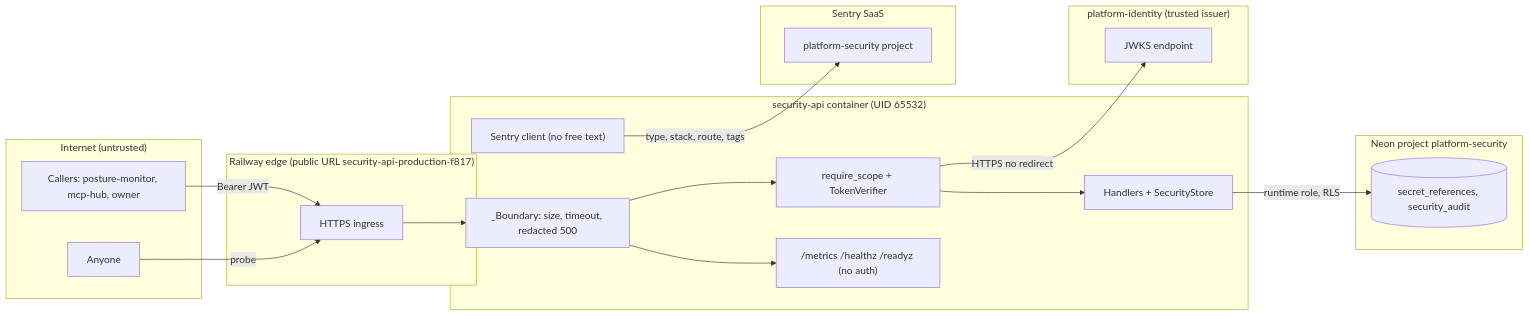
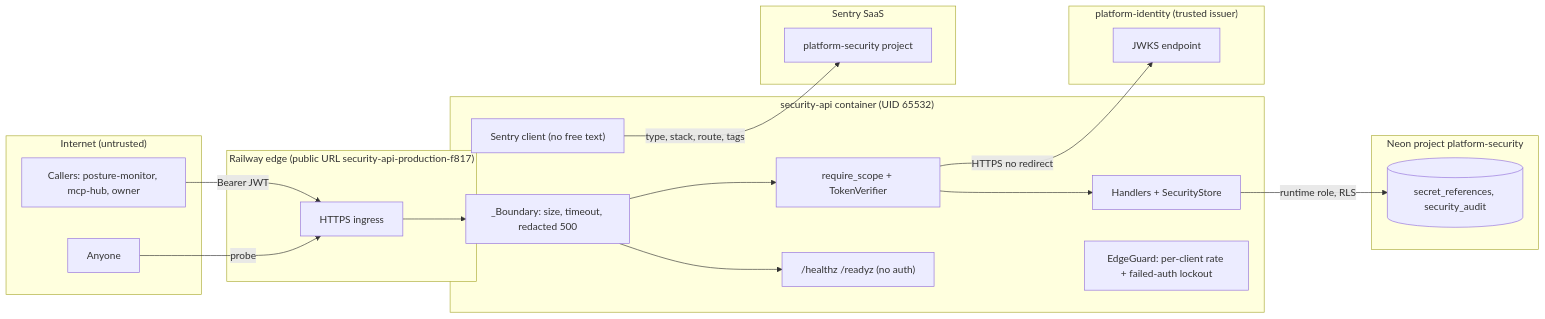
The diagram in docs/diagrams/13-threat-model.md (bookchaowalit-backend/platform-security), drawn with Mermaid before and after one commit. The commit also changed other lines of this file and 5 other files, not shown here.

First line of the commit message:
feat(edge): rate limit with failed-auth lockout; drop public schema and metrics

````diff
--- a/docs/diagrams/13-threat-model.md
+++ b/docs/diagrams/13-threat-model.md
@@ -7,33 +7,34 @@
 ```mermaid
 flowchart LR
   subgraph Internet["Internet (untrusted)"]
     C["Callers: posture-monitor, mcp-hub, owner"]
     X["Anyone"]
   end
   subgraph Edge["Railway edge (public URL security-api-production-f817)"]
     E["HTTPS ingress"]
   end
   subgraph Svc["security-api container (UID 65532)"]
     B["_Boundary: size, timeout, redacted 500"]
     A["require_scope + TokenVerifier"]
     H["Handlers + SecurityStore"]
-    M["/metrics /healthz /readyz (no auth)"]
+    G["EdgeGuard: per-client rate + failed-auth lockout"]
+    M["/healthz /readyz (no auth)"]
     SE["Sentry client (no free text)"]
   end
   subgraph Ident["platform-identity (trusted issuer)"]
     J["JWKS endpoint"]
   end
   subgraph Data["Neon project platform-security"]
     D[("secret_references, security_audit")]
   end
   subgraph Sentry["Sentry SaaS"]
     S["platform-security project"]
   end
   C -->|"Bearer JWT"| E
   X -->|"probe"| E
   E --> B --> A --> H
   B --> M
   A -->|"HTTPS no redirect"| J
   H -->|"runtime role, RLS"| D
   SE -->|"type, stack, route, tags"| S
 ```
````
